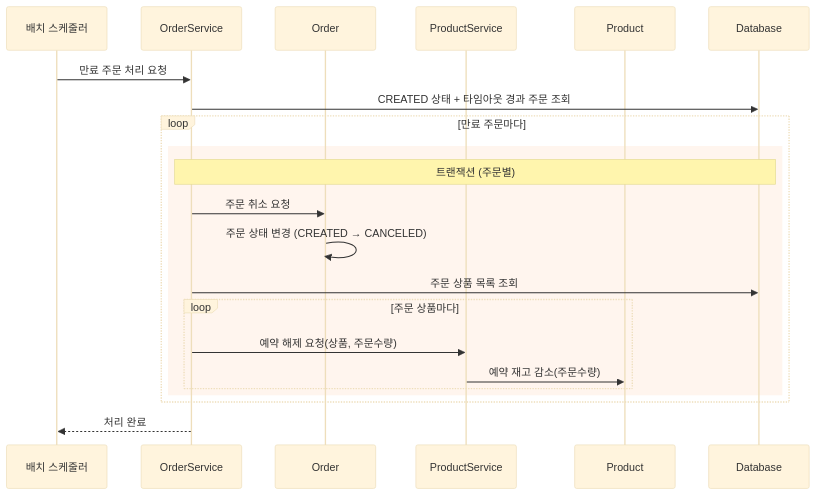
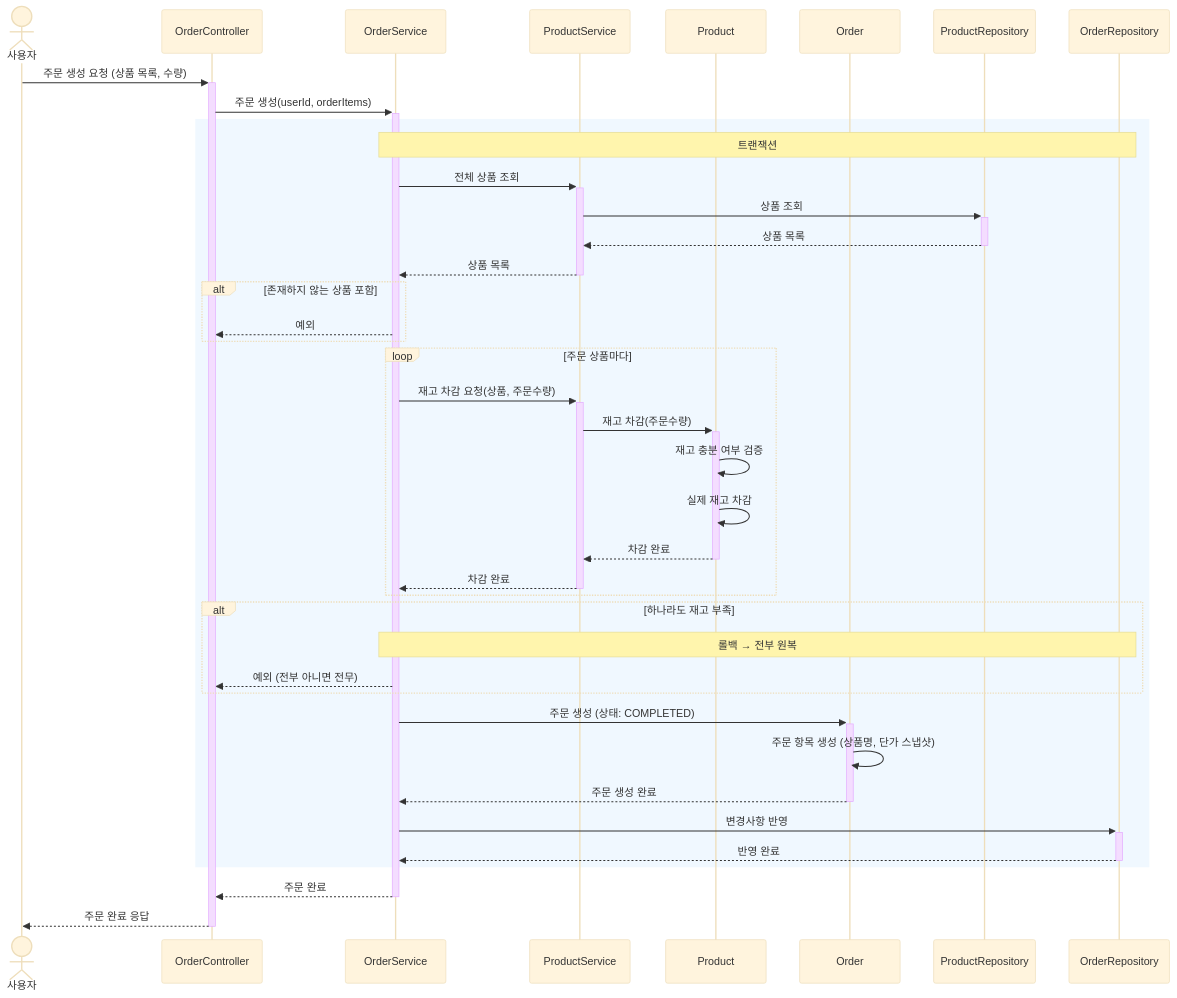
Diagram 18 of 23 in docs/design/02-sequence-diagrams.md (kimjunyoung90/loop-pack-be-l2-vol3-java), drawn with Mermaid (base theme) before and after one commit. The commit also changed other lines of this file and 3 other files, not shown here.

````diff
--- a/docs/design/02-sequence-diagrams.md
+++ b/docs/design/02-sequence-diagrams.md
@@ -83,29 +578,49 @@
 ```mermaid
 sequenceDiagram
-    participant Scheduler as 배치 스케줄러
+    actor User as 사용자
+    participant OC as OrderController
     participant OS as OrderService
-    participant O as Order
     participant PS as ProductService
     participant P as Product
-    participant DB as Database
+    participant O as Order
+    participant PR as ProductRepository
+    participant OR as OrderRepository
 
-    Scheduler->>OS: 만료 주문 처리 요청
+    User->>+OC: 주문 생성 요청 (상품 목록, 수량)
+    OC->>+OS: 주문 생성(userId, orderItems)
 
-    OS->>DB: CREATED 상태 + 타임아웃 경과 주문 조회
+    rect rgb(240, 248, 255)
+        Note over OS, OR: 트랜잭션
+        OS->>+PS: 전체 상품 조회
+        PS->>+PR: 상품 조회
+        PR-->>-PS: 상품 목록
+        PS-->>-OS: 상품 목록
 
-    loop 만료 주문마다
-        rect rgb(255, 245, 238)
-            Note over OS, DB: 트랜잭션 (주문별)
-            OS->>O: 주문 취소 요청
-            O->>O: 주문 상태 변경 (CREATED → CANCELED)
-            OS->>DB: 주문 상품 목록 조회
+        alt 존재하지 않는 상품 포함
+            OS-->>OC: 예외
+        end
 
-            loop 주문 상품마다
-                OS->>PS: 예약 해제 요청(상품, 주문수량)
-                PS->>P: 예약 재고 감소(주문수량)
-            end
+        loop 주문 상품마다
+            OS->>+PS: 재고 차감 요청(상품, 주문수량)
+            PS->>+P: 재고 차감(주문수량)
+            P->>P: 재고 충분 여부 검증
+            P->>P: 실제 재고 차감
+            P-->>-PS: 차감 완료
+            PS-->>-OS: 차감 완료
         end
+
+        alt 하나라도 재고 부족
+            Note over OS, OR: 롤백 → 전부 원복
+            OS-->>OC: 예외 (전부 아니면 전무)
+        end
+
+        OS->>+O: 주문 생성 (상태: COMPLETED)
+        O->>O: 주문 항목 생성 (상품명, 단가 스냅샷)
+        O-->>-OS: 주문 생성 완료
+        OS->>+OR: 변경사항 반영
+        OR-->>-OS: 반영 완료
     end
 
-    OS-->>Scheduler: 처리 완료
+    OS-->>-OC: 주문 완료
+    OC-->>-User: 주문 완료 응답
 ```
````
